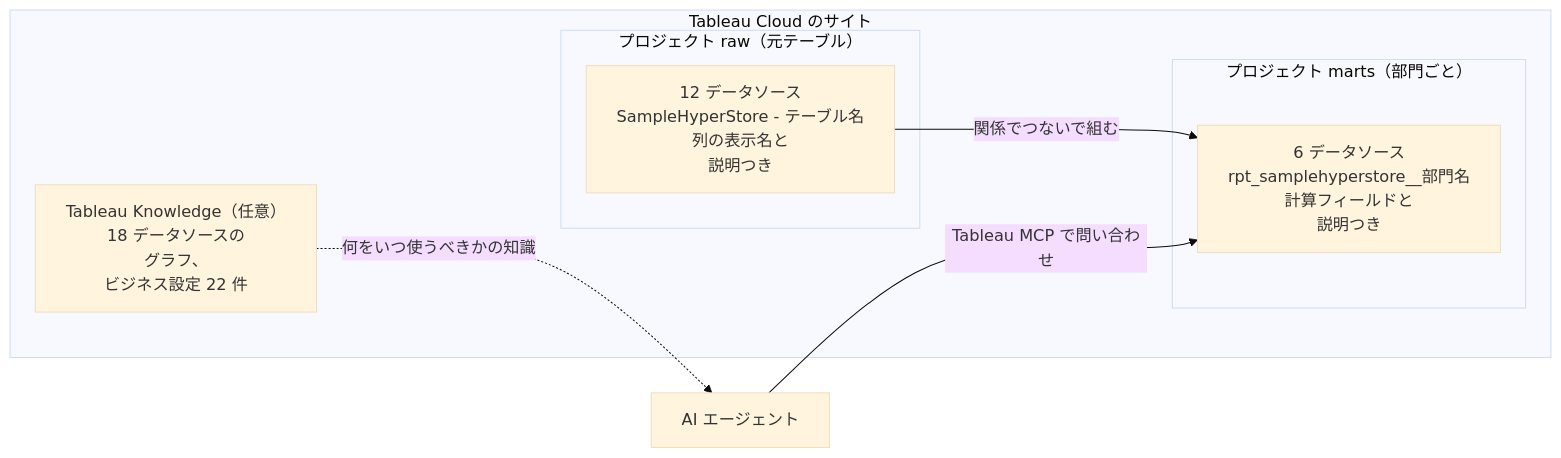
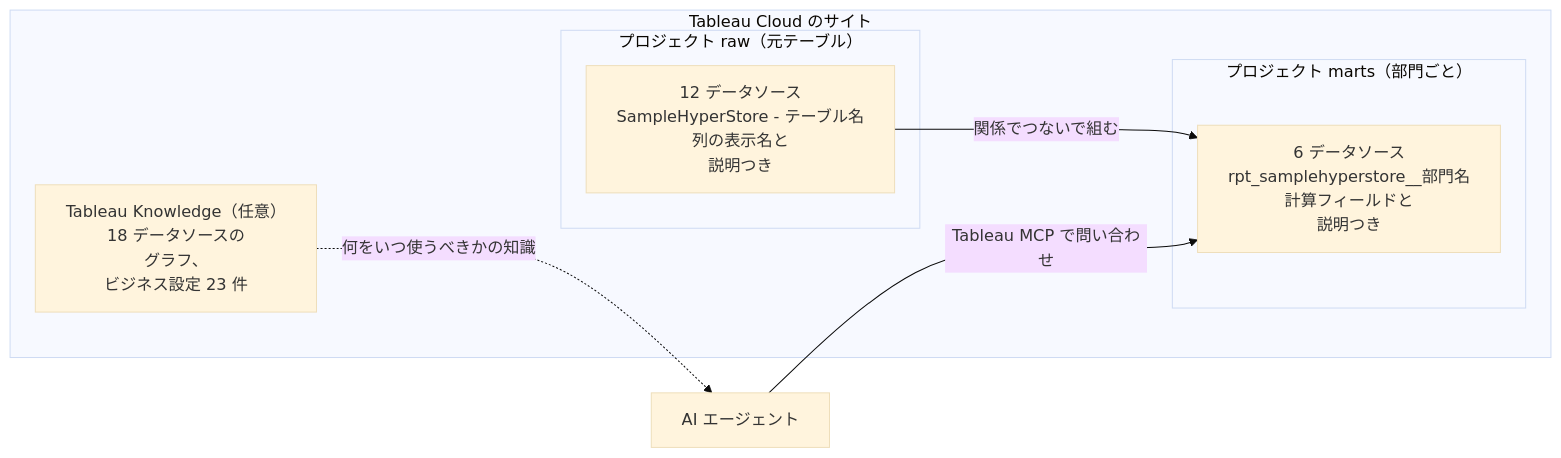
Before and after one commit to YoshitakaArakawa/SampleHyperStore: the fourth of 4 diagrams in ja/README.md, drawn with Mermaid (base theme). The commit also changed other lines of this file and 8 other files, not shown here.

````diff
--- a/ja/README.md
+++ b/ja/README.md
@@ -93,16 +93,16 @@
 ```mermaid
 %%{init: {"flowchart": {"wrappingWidth": 400}}}%%
 flowchart LR
     subgraph site["Tableau Cloud のサイト"]
         subgraph raw["プロジェクト raw（元テーブル）"]
             R["12 データソース<br/>SampleHyperStore - テーブル名<br/>列の表示名と<br/>説明つき"]
         end
         subgraph marts["プロジェクト marts（部門ごと）"]
             M["6 データソース<br/>rpt_samplehyperstore__部門名<br/>計算フィールドと<br/>説明つき"]
         end
-        K["Tableau Knowledge（任意）<br/>18 データソースの<br/>グラフ、<br/>ビジネス設定 22 件"]
+        K["Tableau Knowledge（任意）<br/>18 データソースの<br/>グラフ、<br/>ビジネス設定 23 件"]
     end
     R -- "関係でつないで組む" --> M
     AI["AI エージェント"] -- "Tableau MCP で問い合わせ" --> M
     K -. "何をいつ使うべきかの知識" .-> AI
 ```
````
